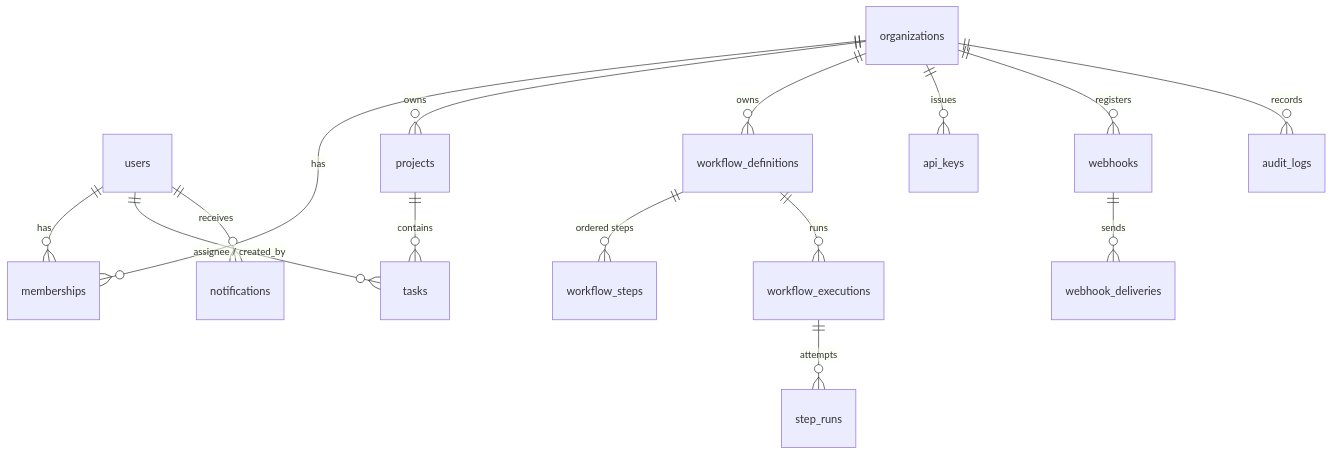
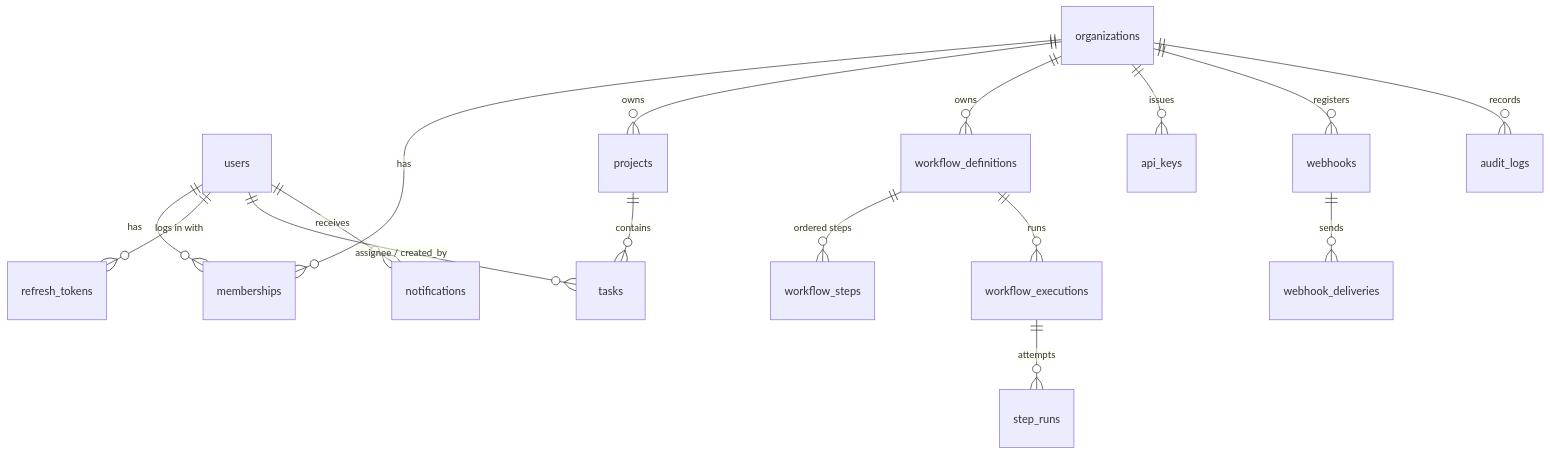
The diagram in docs/erd.md (chaitanya-mhetre/python-backend-lab), drawn with Mermaid before and after one commit. The commit also changed 4 other files, not shown here.

Commit message:
feat(db): refresh_tokens table with token families

````diff
--- a/docs/erd.md
+++ b/docs/erd.md
@@ -3,17 +3,18 @@
 ```mermaid
 erDiagram
     users ||--o{ memberships : has
+    users ||--o{ refresh_tokens : "logs in with"
     organizations ||--o{ memberships : has
     organizations ||--o{ projects : owns
     projects ||--o{ tasks : contains
     users ||--o{ tasks : "assignee / created_by"
     organizations ||--o{ workflow_definitions : owns
     workflow_definitions ||--o{ workflow_steps : "ordered steps"
     workflow_definitions ||--o{ workflow_executions : runs
     workflow_executions ||--o{ step_runs : attempts
     organizations ||--o{ api_keys : issues
     organizations ||--o{ webhooks : registers
     webhooks ||--o{ webhook_deliveries : sends
     users ||--o{ notifications : receives
     organizations ||--o{ audit_logs : records
 ```
````
